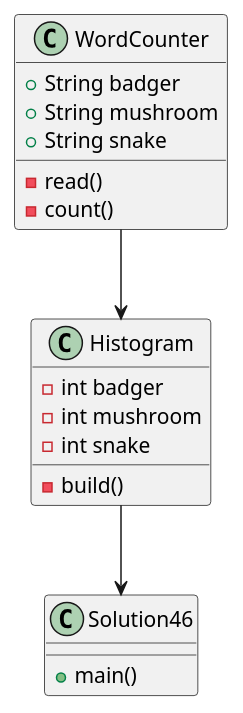
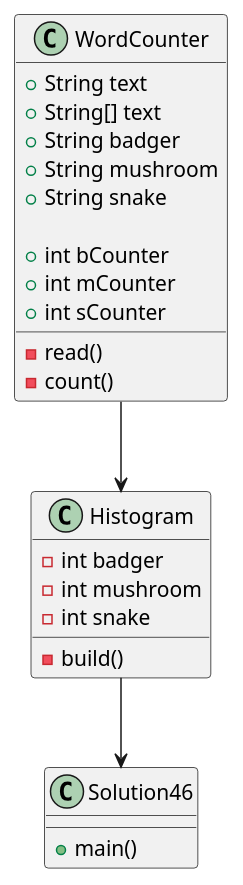
One commit to J-Caques/caques-a04 changed the diagram in exercise46/docs/WordFreq.puml. Above: the diagram before and after it, drawn with PlantUML. The commit also changed 4 other files, not shown here.

Commit message:
completed Tests & modified PlantUML diagram

```diff
--- a/exercise46/docs/WordFreq.puml
+++ b/exercise46/docs/WordFreq.puml
@@ -1,26 +1,32 @@
 @startuml
 class Solution46{
     +main()
 }
 
 class WordCounter{
+    +String text
+    +String[] text
     +String badger
     +String mushroom
     +String snake
+
+    +int bCounter
+    +int mCounter
+    +int sCounter
 
     -read()
     -count()
 }
 
 class Histogram{
     -int badger
     -int mushroom
     -int snake
 
 
     -build()
 }
 
 WordCounter --> Histogram
 Histogram --> Solution46
 @enduml
```
